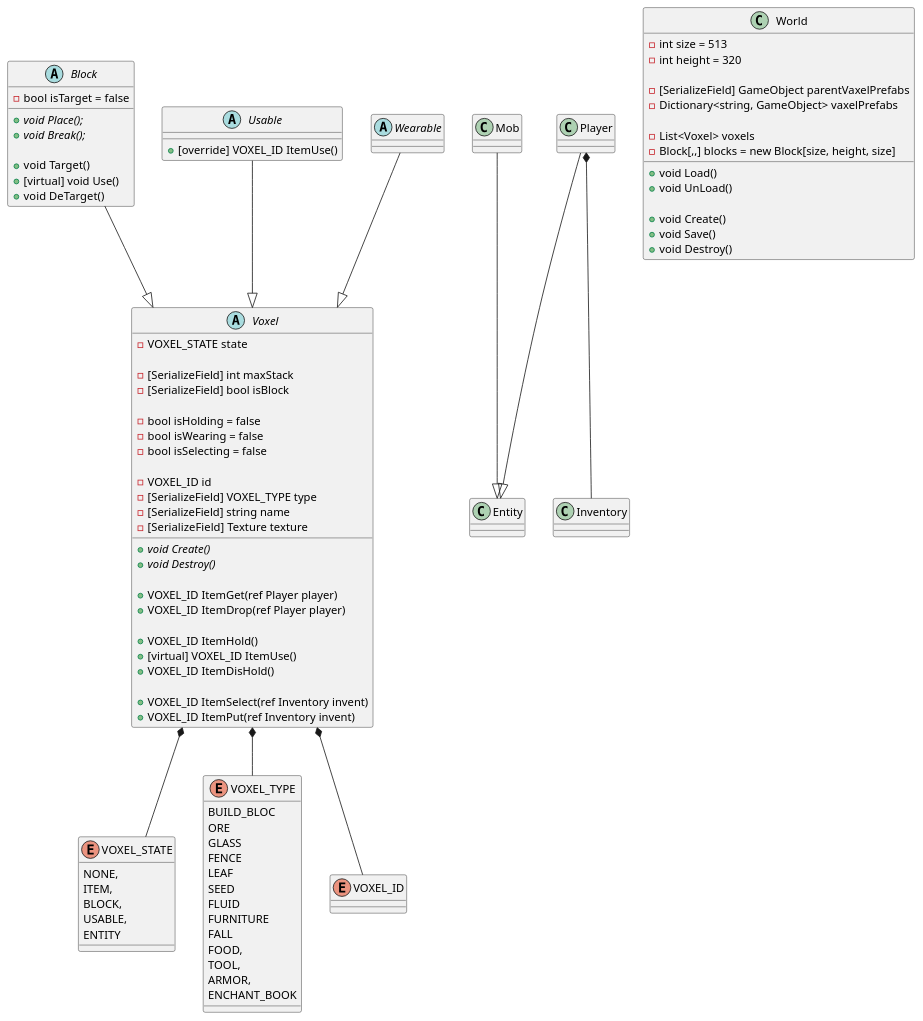
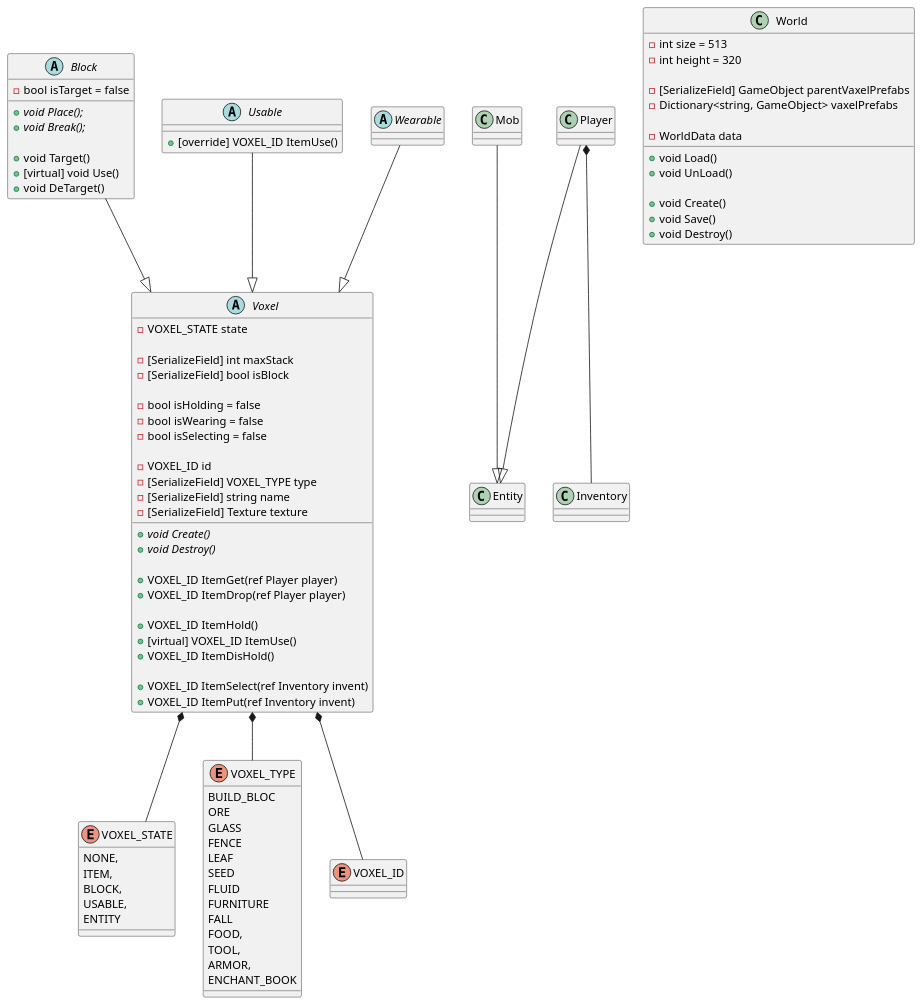
The diagram in Develop/Class Diagram/World.puml (Tanso-mct/Unity-Minecraft), drawn with PlantUML before and after one commit. The commit also changed 1 other file, not shown here.

Commit message:
[update]クラス図の基本完成。

```diff
--- a/Develop/Class Diagram/World.puml
+++ b/Develop/Class Diagram/World.puml
@@ -1,136 +1,135 @@
 @startuml Unity Minecraft World
 
 enum VOXEL_STATE
 {
     NONE,
     ITEM,
     BLOCK,
     USABLE,
     ENTITY
 }
 
 enum VOXEL_TYPE
 {
     BUILD_BLOC
     ORE
     GLASS
     FENCE
     LEAF
     SEED
     FLUID
     FURNITURE
     FALL
     FOOD,
     TOOL,
     ARMOR,
     ENCHANT_BOOK
 }
 
 enum VOXEL_ID
 {
 
 }
 
 class Entity
 {
 
 }
 
 Mob --|> Entity
 class Mob
 {
 
 }
 
 class Inventory
 {
 
 }
 
 Player *-- Inventory
 Player --|> Entity
 class Player
 {
 
 }
 
 Voxel *-- VOXEL_STATE
 Voxel *-- VOXEL_TYPE
 Voxel *-- VOXEL_ID
 abstract class Voxel
 {
     - VOXEL_STATE state
 
     - [SerializeField] int maxStack
     - [SerializeField] bool isBlock
 
     - bool isHolding = false
     - bool isWearing = false
     - bool isSelecting = false
 
     - VOXEL_ID id
     - [SerializeField] VOXEL_TYPE type
     - [SerializeField] string name
     - [SerializeField] Texture texture
 
     + {abstract} void Create()
     + {abstract} void Destroy()
 
     + VOXEL_ID ItemGet(ref Player player)
     + VOXEL_ID ItemDrop(ref Player player)
 
     + VOXEL_ID ItemHold()
     + [virtual] VOXEL_ID ItemUse()
     + VOXEL_ID ItemDisHold()
 
     + VOXEL_ID ItemSelect(ref Inventory invent)
     + VOXEL_ID ItemPut(ref Inventory invent)
 }
 
 Block --|> Voxel
 abstract class Block
 {
     - bool isTarget = false
 
     + {abstract} void Place();
     + {abstract} void Break();
 
     + void Target()
     + [virtual] void Use()
     + void DeTarget()
 }
 
 Usable --|> Voxel
 abstract class Usable
 {
     + [override] VOXEL_ID ItemUse()
 }
 
 Wearable --|> Voxel
 abstract class Wearable
 {
 
 }
 
 class World
 {
     - int size = 513
     - int height = 320
 
     - [SerializeField] GameObject parentVaxelPrefabs
     - Dictionary<string, GameObject> vaxelPrefabs
 
-    - List<Voxel> voxels
-    - Block[,,] blocks = new Block[size, height, size]
+    - WorldData data
 
     + void Load()
     + void UnLoad()
 
     + void Create()
     + void Save()
     + void Destroy()
 
 }
 
 
 @enduml
```
